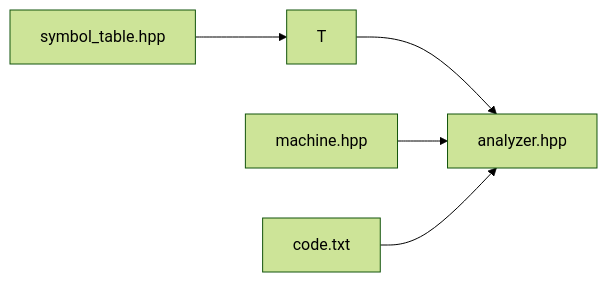
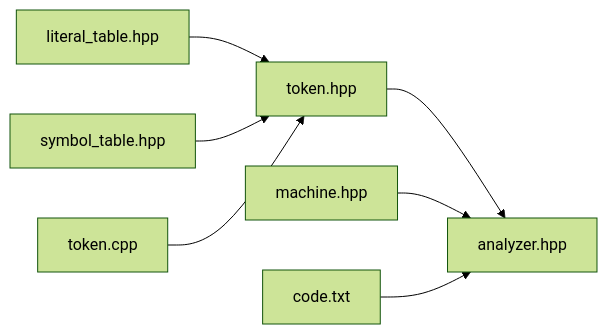
Before and after one commit to sauravatgithub-web/Compiler: the second of 2 diagrams in README.md, drawn with Mermaid (forest theme). The commit also changed other lines of this file and 1 other file, not shown here.

````diff
--- a/README.md
+++ b/README.md
@@ -65,8 +75,9 @@
 ```mermaid
 flowchart LR
-    S[symbol_table.hpp] --> T
-    T --> A[analyzer.hpp]
+    L[literal_table.hpp] --> TH[token.hpp]
+    S[symbol_table.hpp] --> TH
+    TC[token.cpp] --> TH
+    TH --> A[analyzer.hpp]
     M[machine.hpp] --> A
     C[code.txt] --> A
-
 ```
````
